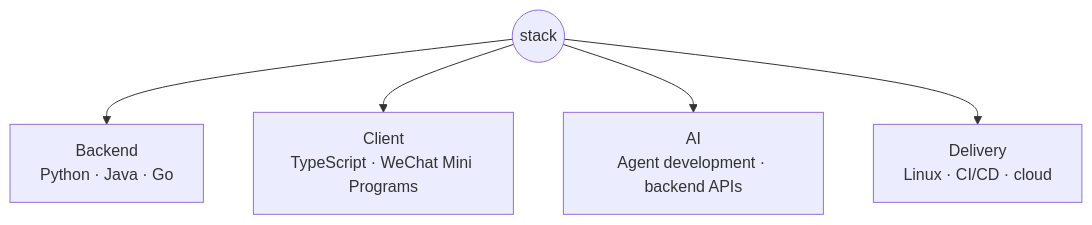
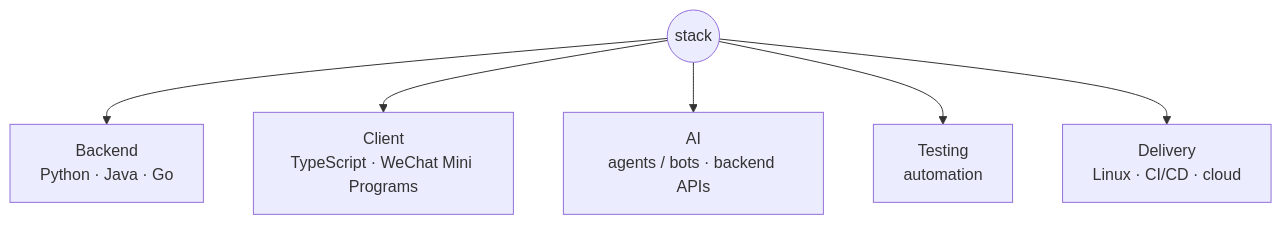
One commit to Wayne-Musk/Wayne- changed the second of 2 diagrams in Readme.md. Above: the diagram before and after it, drawn with Mermaid. The commit also changed other lines of this file, not shown here.

Commit message:
Polish bilingual README and update stack diagrams

````diff
--- a/Readme.md
+++ b/Readme.md
@@ -60,8 +61,9 @@
 ```mermaid
 flowchart TB
     root((stack))
     root --> backend["Backend<br/>Python · Java · Go"]
     root --> client["Client<br/>TypeScript · WeChat Mini Programs"]
-    root --> ai["AI<br/>Agent development · backend APIs"]
+    root --> ai["AI<br/>agents / bots · backend APIs"]
+    root --> qa["Testing<br/>automation"]
     root --> ops["Delivery<br/>Linux · CI/CD · cloud"]
 ```
````
